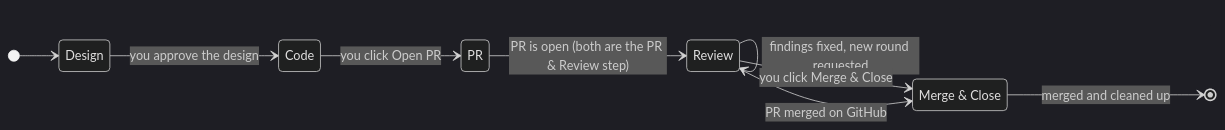
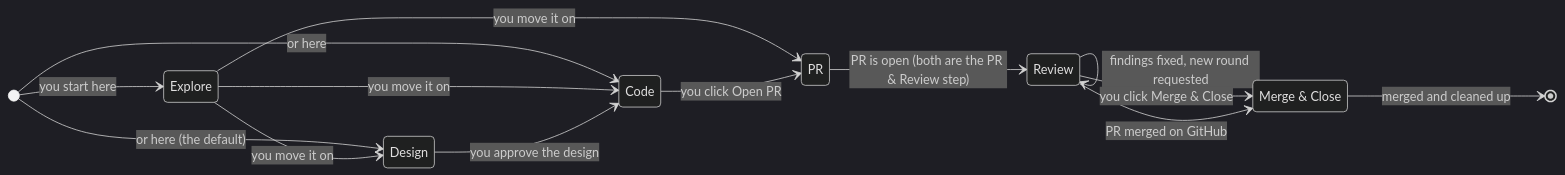
One commit to yugabyte/meko changed the second of 3 diagrams in docs/design.md. Above: the diagram before and after it, drawn with Mermaid (dark theme). The commit also changed other lines of this file and 25 other files, not shown here.

````diff
--- a/docs/design.md
+++ b/docs/design.md
@@ -662,13 +669,18 @@
 ```mermaid
 stateDiagram-v2
   direction LR
   state "Merge & Close" as MergeClose
-  [*] --> Design
+  [*] --> Explore : you start here
+  [*] --> Design : or here (the default)
+  [*] --> Code : or here
+  Explore --> Design : you move it on
+  Explore --> Code : you move it on
+  Explore --> PR : you move it on
   Design --> Code : you approve the design
   Code --> PR : you click Open PR
   PR --> Review : PR is open (both are the PR & Review step)
   Review --> Review : findings fixed, new round requested
   Review --> MergeClose : you click Merge & Close
   Review --> MergeClose : PR merged on GitHub
   MergeClose --> [*] : merged and cleaned up
 ```
````
